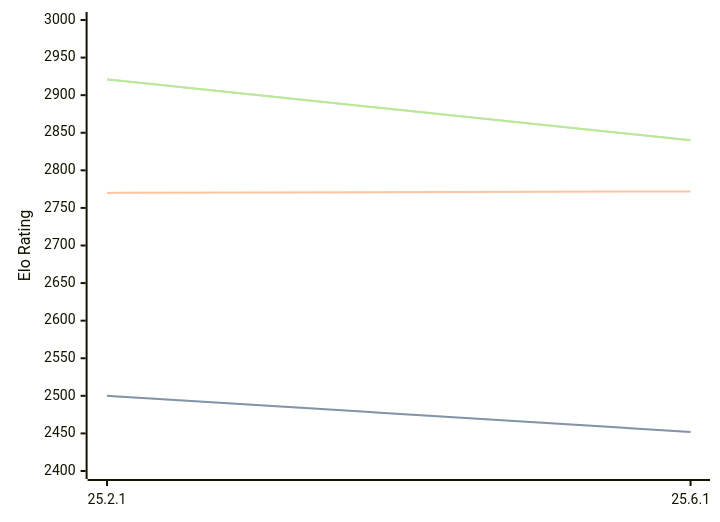
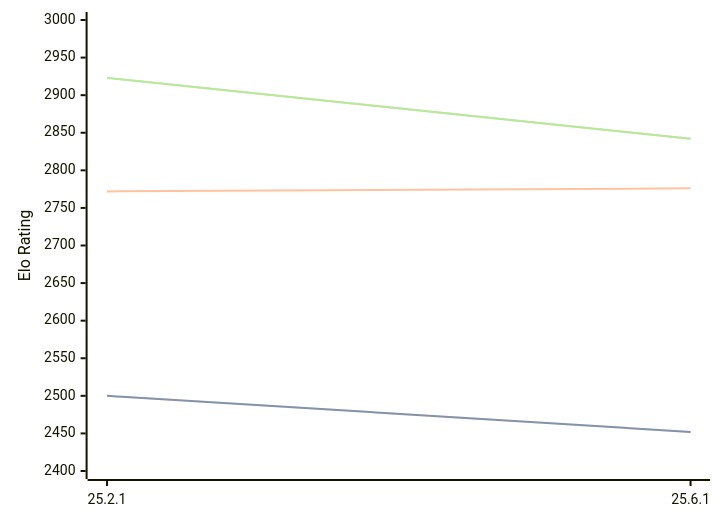
One commit to computer-chess-index/cci changed the diagram in engines/Crafty.md. Above: the diagram before and after it, drawn with Mermaid. The commit also changed other lines of this file, not shown here.

Commit message:
Update CCI Ratings (ELO VLTC) - 2026-07-31

````diff
--- a/engines/Crafty.md
+++ b/engines/Crafty.md
@@ -32,11 +32,11 @@
 ```mermaid
 %%{init: {"theme":"base","themeVariables":{"seriesColors:['#a3a3a3','#222221','#faa371']}}}%%
 xychart-beta
   x-axis ["25.2.1", "25.6.1"]
   y-axis "Elo Rating" 2400 --> 3000
   line "STC (8.0+0.08s)" [2500, 2452]
   line "STC (8.0+0.08s)" [2500, 2452]
-  line "LTC (60.0+0.60s)" [2770, 2772]
-  line "VLTC (2m24s+1.12s)" [2921, 2840]
-  line "VLTC (2m24s+1.12s)" [2921, 2840]
+  line "LTC (60.0+0.60s)" [2772, 2776]
+  line "VLTC (2m24s+1.12s)" [2923, 2842]
+  line "VLTC (2m24s+1.12s)" [2923, 2842]
 ```
````
